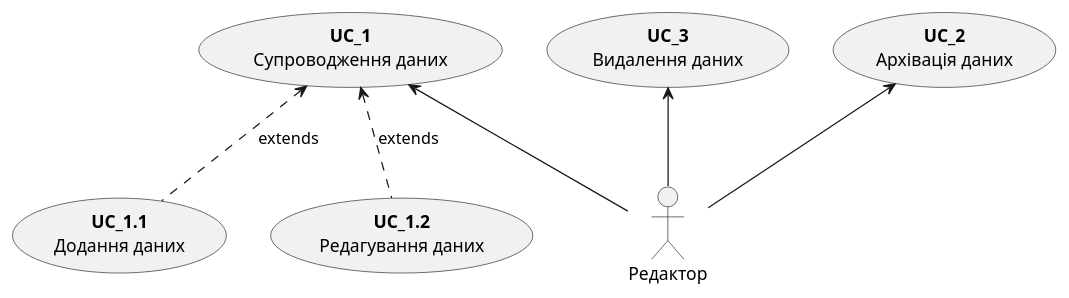
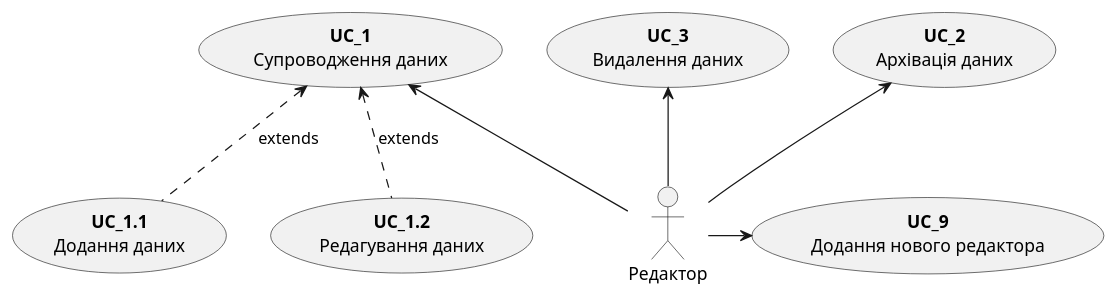
The third of 3 diagrams in docs/use cases/README.md (horidor/open-data-management-system), drawn with PlantUML before and after one commit. The commit also changed other lines of this file and 1 other file, not shown here.

```diff
--- a/docs/use cases/README.md
+++ b/docs/use cases/README.md
@@ -51,19 +64,21 @@
 @startuml
     
     actor "Редактор" as Editor
     
     usecase "<b>UC_1</b>\nCупроводження даних" as UC_1
     usecase "<b>UC_2</b>\nАрхівація даних" as UC_2
     usecase "<b>UC_3</b>\nВидалення даних" as UC_3
     usecase "<b>UC_1.1</b>\nДодання даних" as UC_1.1
     usecase "<b>UC_1.2</b>\nРедагування даних" as UC_1.2
+    usecase "<b>UC_9</b>\nДодання нового редактора" as UC_9
 
     
     Editor -u-> UC_1
     Editor -u-> UC_2
     Editor -u-> UC_3
+    Editor -r-> UC_9
     UC_1.1 .u.> UC_1: extends
     UC_1.2 .u.> UC_1: extends
 
     
 @enduml
```
